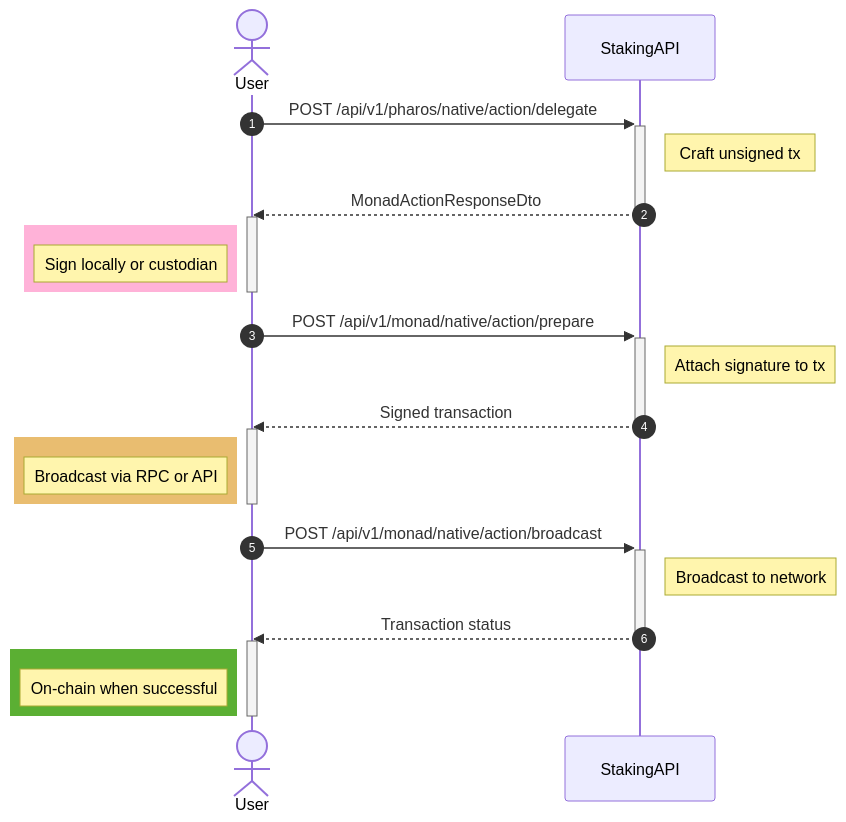
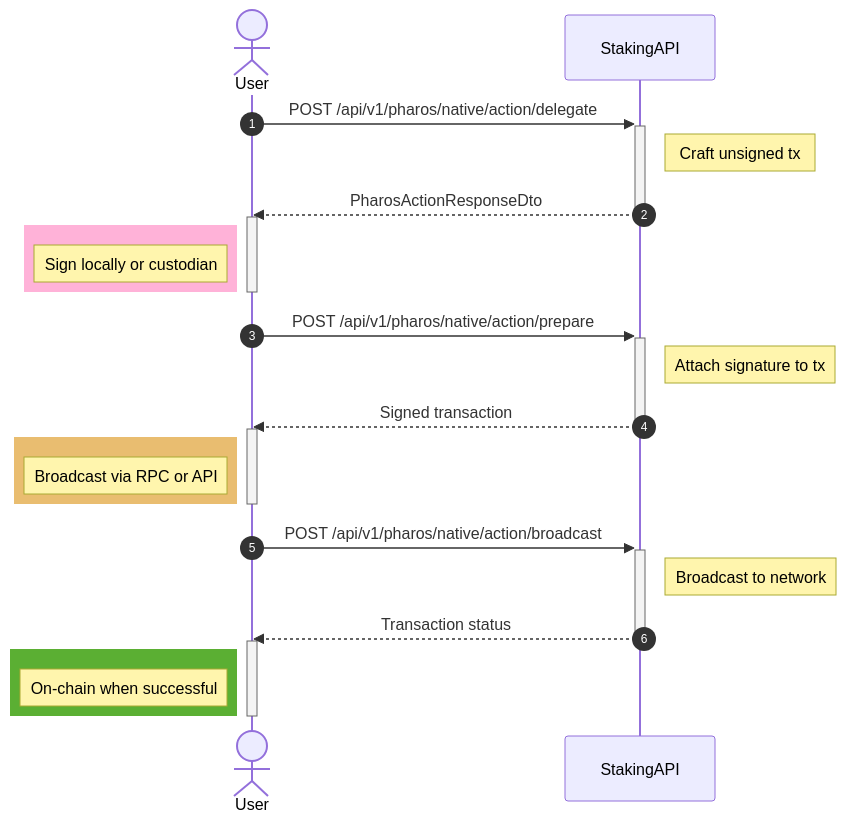
The diagram in docs/staking-api/pharos/native-staking/index.md (Stakely/stakely-docs), drawn with Mermaid before and after one commit. The commit also changed 2 other files, not shown here.

Commit message:
fix: typos in pharos

````diff
--- a/docs/staking-api/pharos/native-staking/index.md
+++ b/docs/staking-api/pharos/native-staking/index.md
@@ -62,31 +62,31 @@
 ```mermaid
 sequenceDiagram
 autonumber
 actor User
 participant StakingAPI
 User->>+StakingAPI: POST /api/v1/pharos/native/action/delegate
 Note right of StakingAPI: Craft unsigned tx
-StakingAPI-->>-User: MonadActionResponseDto
+StakingAPI-->>-User: PharosActionResponseDto
 activate User
 rect rgb(255,178,216)
 Note left of User: Sign locally or custodian
 end
 deactivate User
 
-User->>+StakingAPI: POST /api/v1/monad/native/action/prepare
+User->>+StakingAPI: POST /api/v1/pharos/native/action/prepare
 Note right of StakingAPI: Attach signature to tx
 StakingAPI-->>-User: Signed transaction
 activate User
 rect rgba(228, 173, 77, 0.8)
 Note left of User: Broadcast via RPC or API
 end
 deactivate User
-User->>+StakingAPI: POST /api/v1/monad/native/action/broadcast
+User->>+StakingAPI: POST /api/v1/pharos/native/action/broadcast
 Note right of StakingAPI: Broadcast to network
 StakingAPI-->>-User: Transaction status
 activate User
 rect rgba(50, 156, 0, 0.8)
 Note left of User: On-chain when successful
 end
 deactivate User
 ```
````
